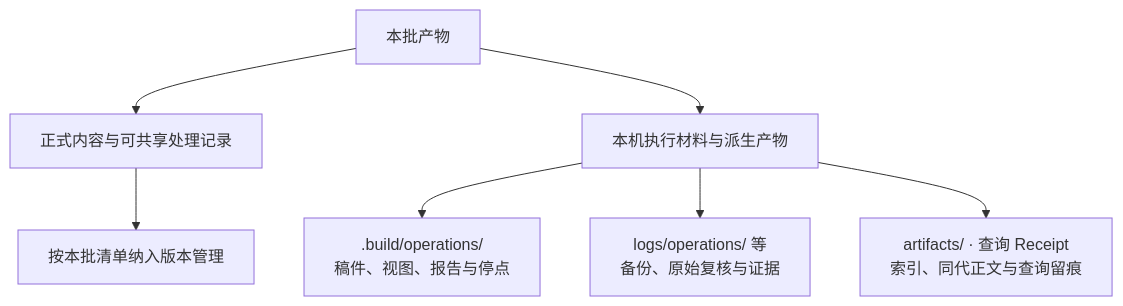
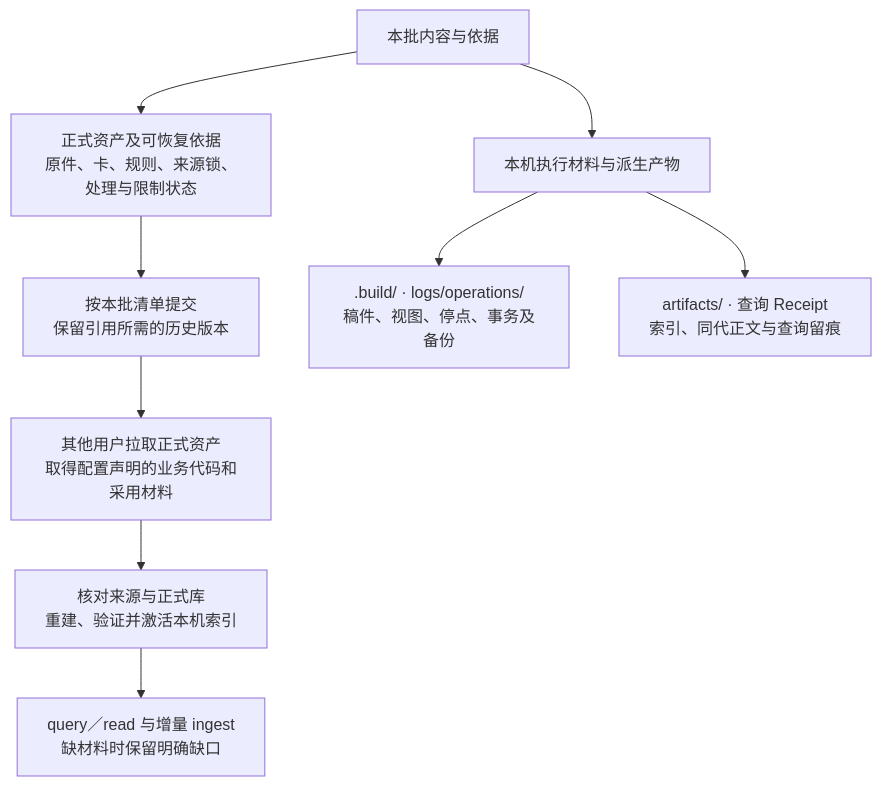
Before and after one commit to Robin-hhc/FactumCore: diagram 27 of 27 in himate-knowledge-wifi-mp/docs-llm-wiki/知识库详细设计.md, drawn with Mermaid. The commit also changed other lines of this file and 20 other files, not shown here.

````diff
--- a/himate-knowledge-wifi-mp/docs-llm-wiki/知识库详细设计.md
+++ b/himate-knowledge-wifi-mp/docs-llm-wiki/知识库详细设计.md
@@ -1010,9 +1016,11 @@
 ```mermaid
 flowchart TD
-    OUTPUT["本批产物"] --> SHARED["正式内容与可共享处理记录"]
-    SHARED --> LIST["按本批清单纳入版本管理"]
+    OUTPUT["本批内容与依据"] --> SHARED["正式资产及可恢复依据<br/>原件、卡、规则、来源锁、处理与限制状态"]
+    SHARED --> LIST["按本批清单提交<br/>保留引用所需的历史版本"]
     OUTPUT --> LOCAL["本机执行材料与派生产物"]
-    LOCAL --> BUILD[".build/operations/<br/>稿件、视图、报告与停点"]
-    LOCAL --> LOG["logs/operations/ 等<br/>备份、原始复核与证据"]
+    LOCAL --> BUILD[".build/ · logs/operations/<br/>稿件、视图、停点、事务及备份"]
     LOCAL --> INDEX["artifacts/ · 查询 Receipt<br/>索引、同代正文与查询留痕"]
+    LIST --> CLONE["其他用户拉取正式资产<br/>取得配置声明的业务代码和采用材料"]
+    CLONE --> CHECK["核对来源与正式库<br/>重建、验证并激活本机索引"]
+    CHECK --> USE["query／read 与增量 ingest<br/>缺材料时保留明确缺口"]
 ```
````
